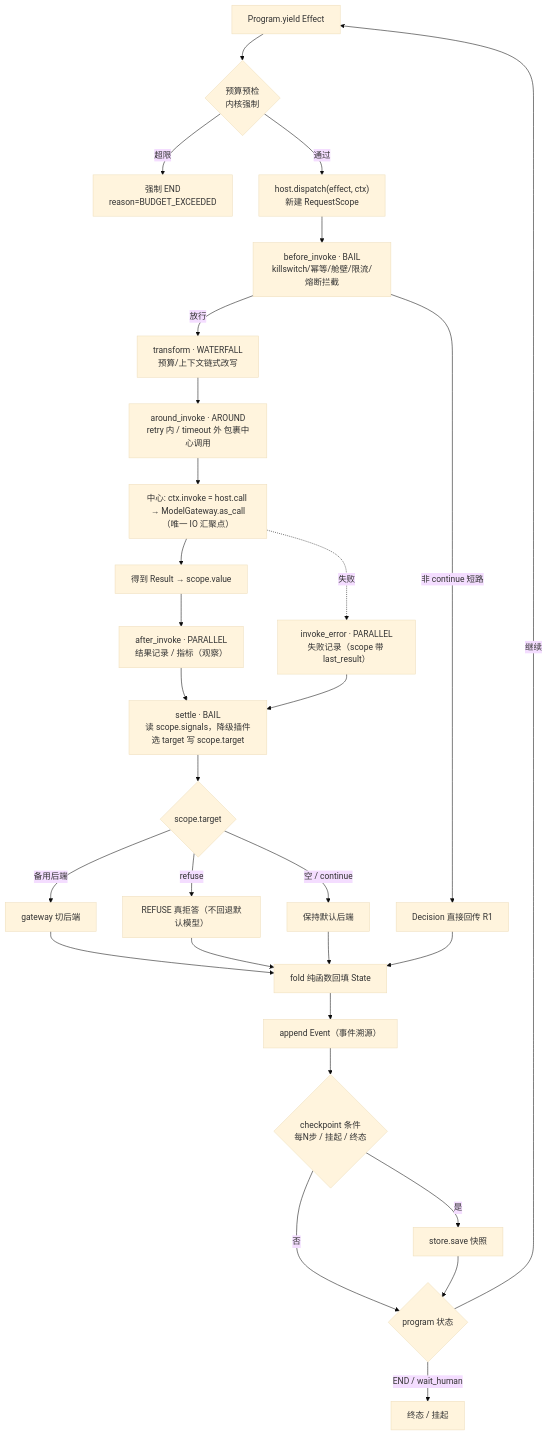
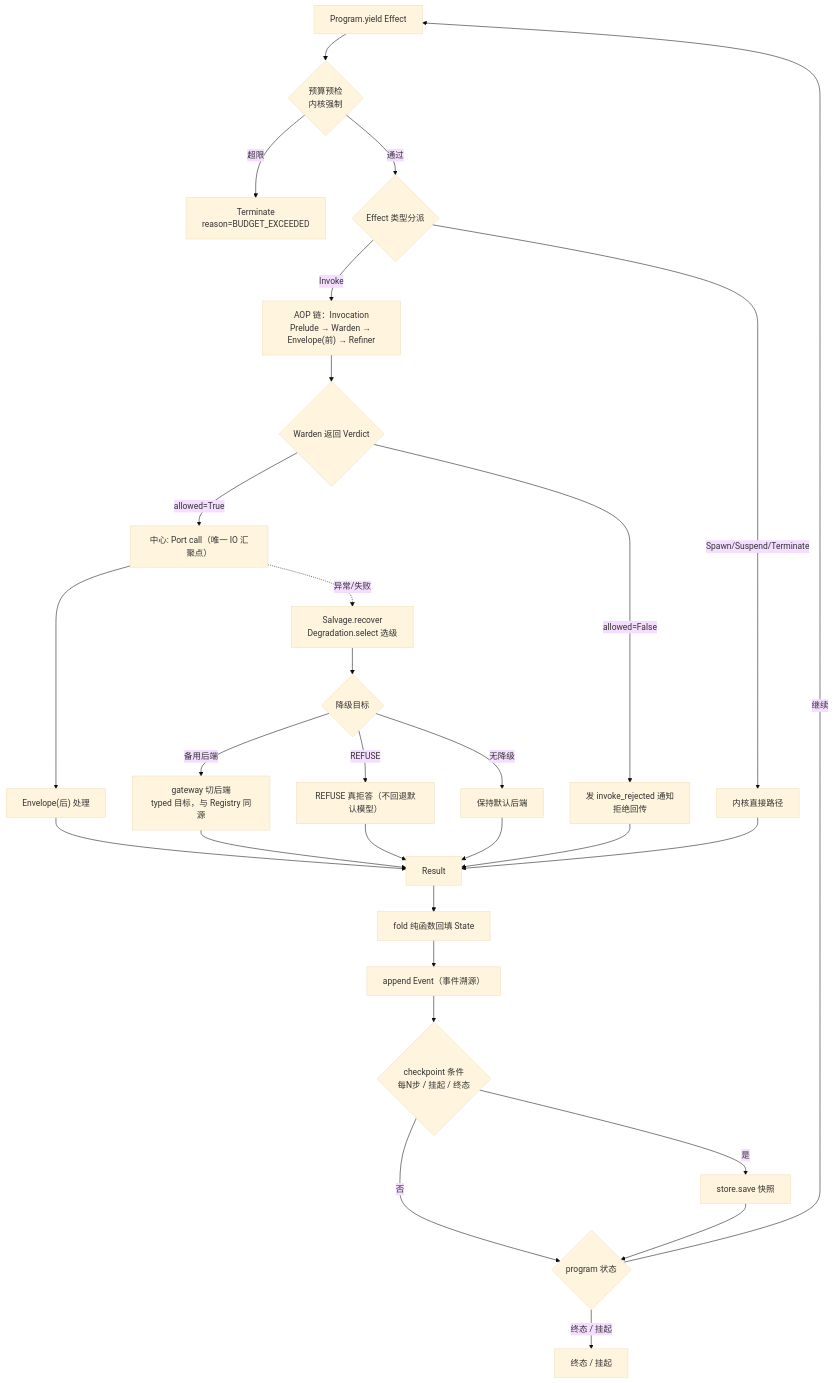
One commit to sao-lang/lll changed the second of 13 diagrams in docs/01-总览与设计/AGENT-总设计.md. Above: the diagram before and after it, drawn with Mermaid (base theme). The commit also changed other lines of this file and 127 other files, not shown here.

````diff
--- a/docs/01-总览与设计/AGENT-总设计.md
+++ b/docs/01-总览与设计/AGENT-总设计.md
@@ -123,31 +123,31 @@
 ```mermaid
 flowchart TD
     S["Program.yield Effect"] --> B{"预算预检<br/>内核强制"}
-    B -->|超限| E["强制 END<br/>reason=BUDGET_EXCEEDED"]
-    B -->|通过| DS["host.dispatch(effect, ctx)<br/>新建 RequestScope"]
-    DS --> BI["before_invoke · BAIL<br/>killswitch/幂等/舱壁/限流/熔断拦截"]
-    BI -->|非 continue 短路| SH["Decision 直接回传 R1"]
-    BI -->|放行| TR["transform · WATERFALL<br/>预算/上下文链式改写"]
-    TR --> AR["around_invoke · AROUND<br/>retry 内 / timeout 外 包裹中心调用"]
-    AR --> CORE["中心: ctx.invoke = host.call → ModelGateway.as_call<br/>（唯一 IO 汇聚点）"]
-    CORE --> RES["得到 Result → scope.value"]
-    RES --> AI["after_invoke · PARALLEL<br/>结果记录 / 指标（观察）"]
-    CORE -.失败.-> IE["invoke_error · PARALLEL<br/>失败记录（scope 带 last_result）"]
-    AI --> ST["settle · BAIL<br/>读 scope.signals，降级插件选 target 写 scope.target"]
-    IE --> ST
-    ST --> TGT{"scope.target"}
-    TGT -->|备用后端| SW["gateway 切后端"]
-    TGT -->|refuse| RF["REFUSE 真拒答（不回退默认模型）"]
-    TGT -->|空 / continue| KEEP["保持默认后端"]
-    SW --> F
-    RF --> F
-    KEEP --> F
-    SH --> F
-    F["fold 纯函数回填 State"] --> EV["append Event（事件溯源）"]
+    B -->|超限| E["Terminate<br/>reason=BUDGET_EXCEEDED"]
+    B -->|通过| K{"Effect 类型分派"}
+    K -->|Invoke| AO["AOP 链：Invocation<br/>Prelude → Warden → Envelope(前) → Refiner"]
+    K -->|Spawn/Suspend/Terminate| CORE0["内核直接路径"]
+    AO --> WA{"Warden 返回 Verdict"}
+    WA -->|allowed=False| RJ["发 invoke_rejected 通知<br/>拒绝回传"]
+    WA -->|allowed=True| CALL["中心: Port call（唯一 IO 汇聚点）"]
+    CALL --> ENB["Envelope(后) 处理"]
+    CALL -.异常/失败.-> SV["Salvage.recover<br/>Degradation.select 选级"]
+    SV --> TGT{"降级目标"}
+    TGT -->|备用后端| SW["gateway 切后端<br/>typed 目标，与 Registry 同源"]
+    TGT -->|REFUSE| RF["REFUSE 真拒答（不回退默认模型）"]
+    TGT -->|无降级| KEEP["保持默认后端"]
+    ENB --> RES["Result"]
+    SW --> RES
+    RF --> RES
+    KEEP --> RES
+    RJ --> RES
+    CORE0 --> RES
+    RES --> F["fold 纯函数回填 State"]
+    F --> EV["append Event（事件溯源）"]
     EV --> CK{"checkpoint 条件<br/>每N步 / 挂起 / 终态"}
-    CK -->|是| SV["store.save 快照"]
+    CK -->|是| SAVE["store.save 快照"]
     CK -->|否| NX
-    SV --> NX{"program 状态"}
+    SAVE --> NX{"program 状态"}
     NX -->|继续| S
-    NX -->|END / wait_human| T["终态 / 挂起"]
+    NX -->|终态 / 挂起| T["终态 / 挂起"]
 ```
````
